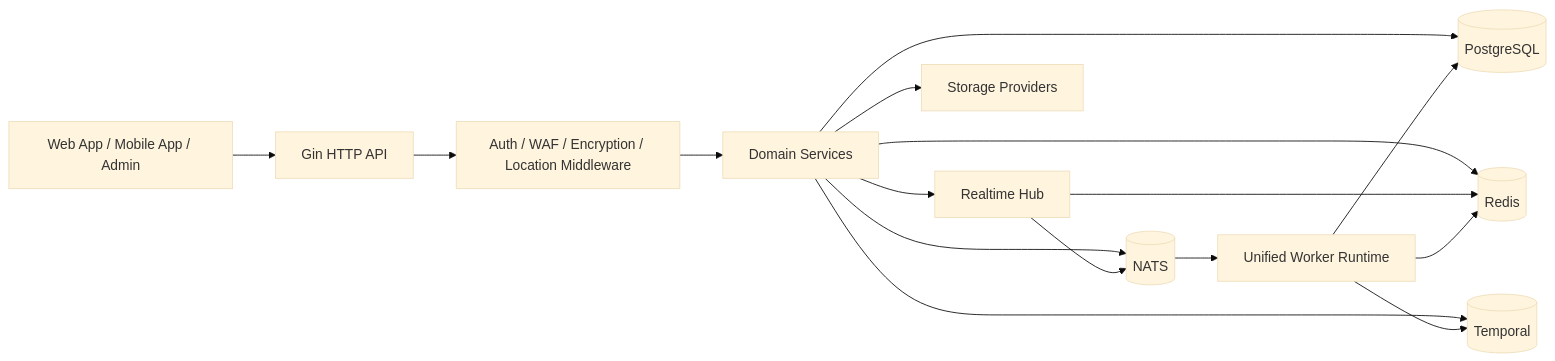
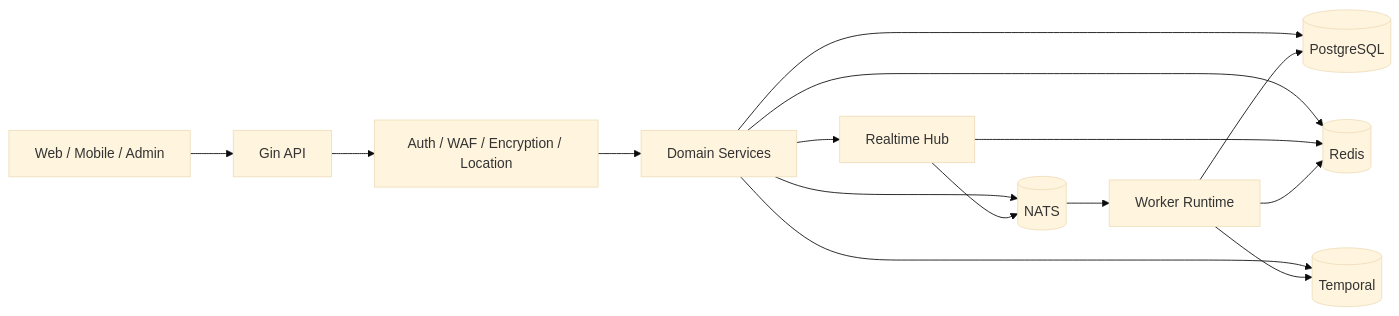
The diagram in README.md (MiChongs/aegis), drawn with Mermaid (base theme) before and after one commit. The commit also changed other lines of this file and 2 other files, not shown here.

````diff
--- a/README.md
+++ b/README.md
@@ -87,30 +46,28 @@
 ```mermaid
 flowchart LR
-    Client[Web App / Mobile App / Admin]
-    API[Gin HTTP API]
-    Mid[Auth / WAF / Encryption / Location Middleware]
+    Client[Web / Mobile / Admin]
+    API[Gin API]
+    Mid[Auth / WAF / Encryption / Location]
     Services[Domain Services]
     Realtime[Realtime Hub]
-    Worker[Unified Worker Runtime]
+    Worker[Worker Runtime]
     PG[(PostgreSQL)]
     Redis[(Redis)]
     NATS[(NATS)]
     Temporal[(Temporal)]
-    OSS[Storage Providers]
 
     Client --> API
     API --> Mid
     Mid --> Services
     Services --> PG
     Services --> Redis
     Services --> NATS
     Services --> Temporal
-    Services --> OSS
     Services --> Realtime
     Realtime --> Redis
     Realtime --> NATS
     NATS --> Worker
     Worker --> PG
     Worker --> Redis
     Worker --> Temporal
 ```
````
